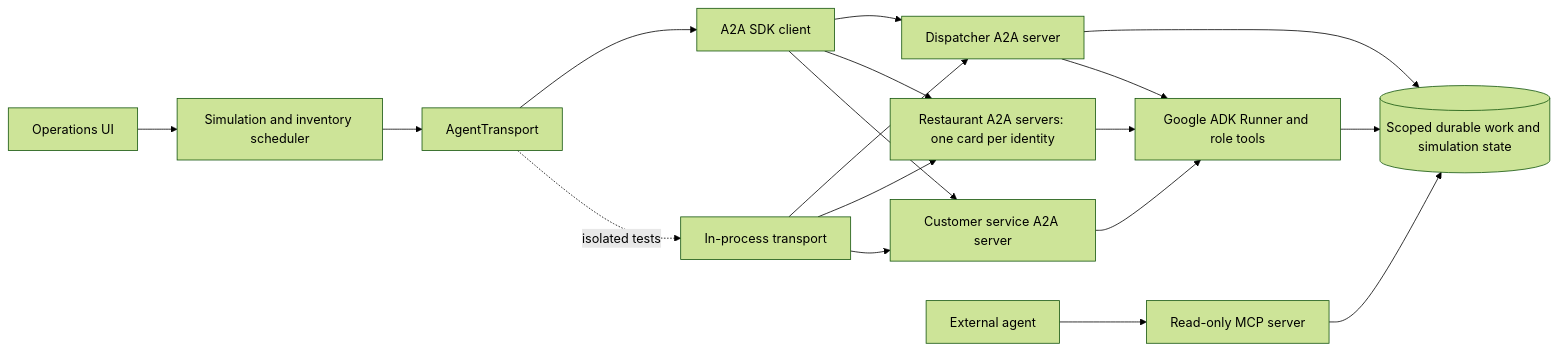
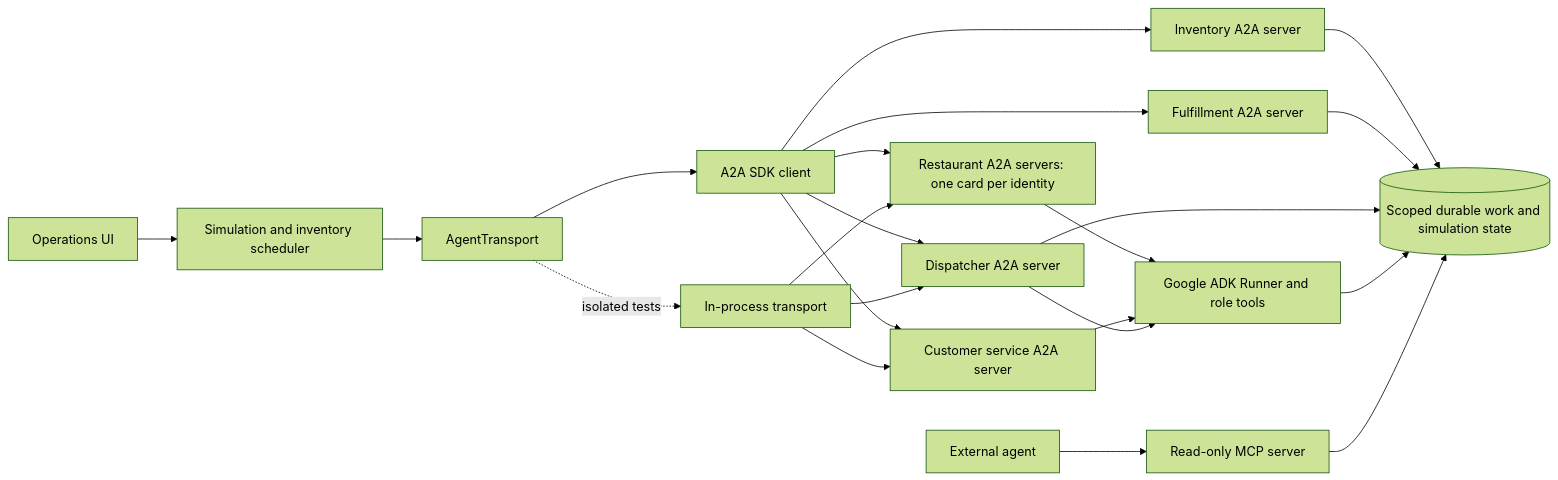
One commit to alejandrofrank/madrid-delivery-sim changed the third of 5 diagrams in README.md. Above: the diagram before and after it, drawn with Mermaid (forest theme). The commit also changed other lines of this file and 5 other files, not shown here.

````diff
--- a/README.md
+++ b/README.md
@@ -144,20 +176,24 @@
 ```mermaid
 flowchart LR
     UI[Operations UI] --> S[Simulation and inventory scheduler]
     S --> T[AgentTransport]
     T --> A[A2A SDK client]
     T -. isolated tests .-> I[In-process transport]
     A --> D[Dispatcher A2A server]
     A --> R[Restaurant A2A servers: one card per identity]
     A --> C[Customer service A2A server]
+    A --> V[Inventory A2A server]
+    A --> F[Fulfillment A2A server]
+    V --> Q
+    F --> Q
     I --> D
     I --> R
     I --> C
     D --> Q[(Scoped durable work and simulation state)]
     R --> ADK[Google ADK Runner and role tools]
     C --> ADK
     D --> ADK
     ADK --> Q
     X[External agent] --> M[Read-only MCP server]
     M --> Q
 ```
````
